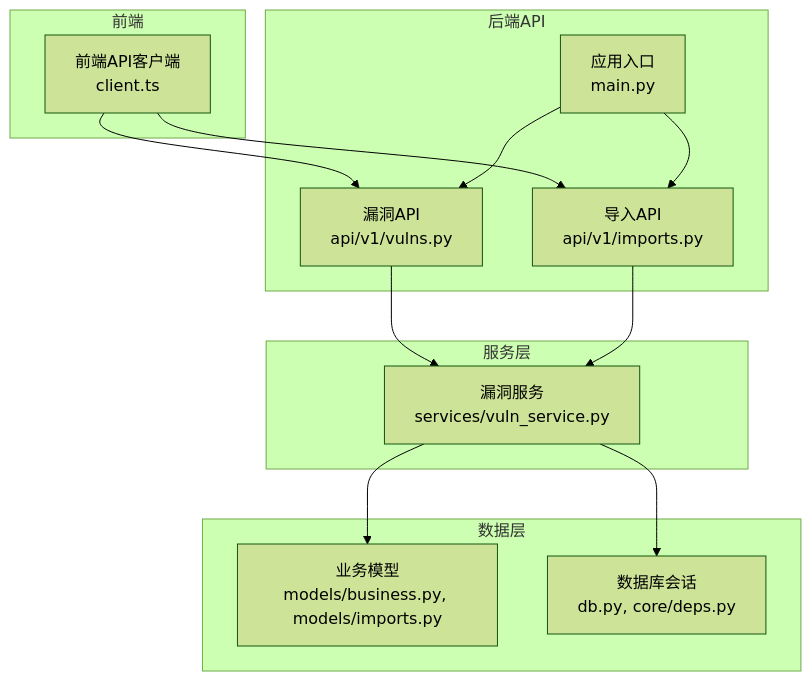
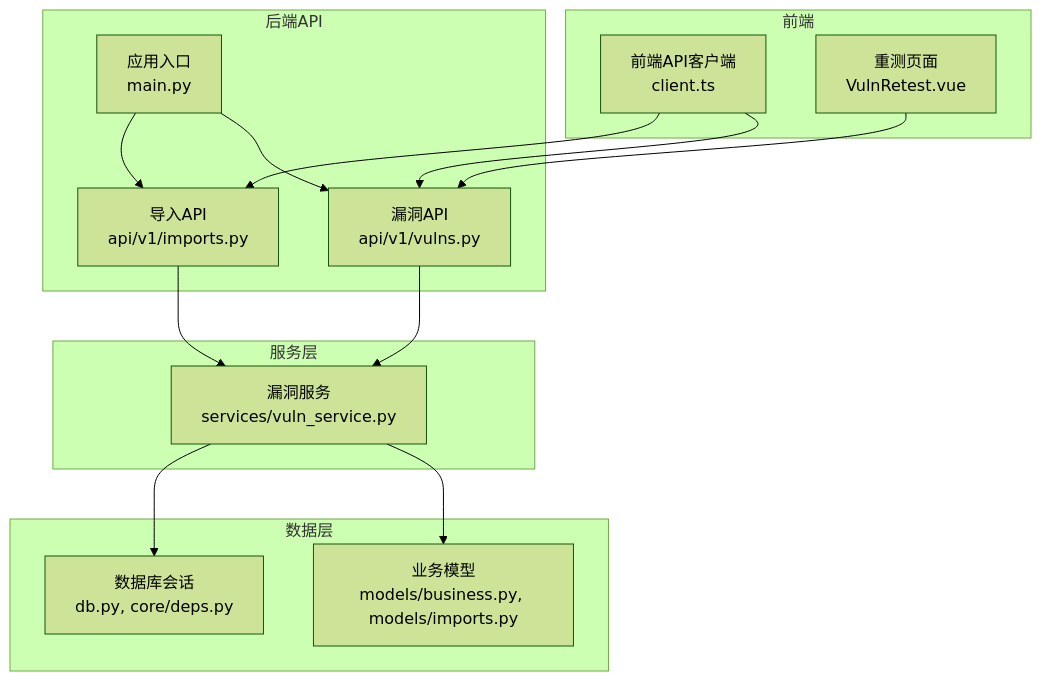
One commit to vu1Art1st/talos changed the first of 7 diagrams in .qoder/repowiki/zh/content/后端API文档/漏洞管理API.md. Above: the diagram before and after it, drawn with Mermaid (forest theme). The commit also changed other lines of this file and 129 other files, not shown here.

````diff
--- a/.qoder/repowiki/zh/content/后端API文档/漏洞管理API.md
+++ b/.qoder/repowiki/zh/content/后端API文档/漏洞管理API.md
@@ -40,26 +50,28 @@
 ```mermaid
 graph TB
 subgraph "前端"
 FE_Client["前端API客户端<br/>client.ts"]
+FE_Retest["重测页面<br/>VulnRetest.vue"]
 end
 subgraph "后端API"
 Main["应用入口<br/>main.py"]
 VulnsAPI["漏洞API<br/>api/v1/vulns.py"]
 ImportsAPI["导入API<br/>api/v1/imports.py"]
 end
 subgraph "服务层"
 VulnService["漏洞服务<br/>services/vuln_service.py"]
 end
 subgraph "数据层"
 Models["业务模型<br/>models/business.py, models/imports.py"]
 DB["数据库会话<br/>db.py, core/deps.py"]
 end
 FE_Client --> VulnsAPI
 FE_Client --> ImportsAPI
+FE_Retest --> VulnsAPI
 VulnsAPI --> VulnService
 ImportsAPI --> VulnService
 VulnService --> Models
 VulnService --> DB
 Main --> VulnsAPI
 Main --> ImportsAPI
 ```
````
